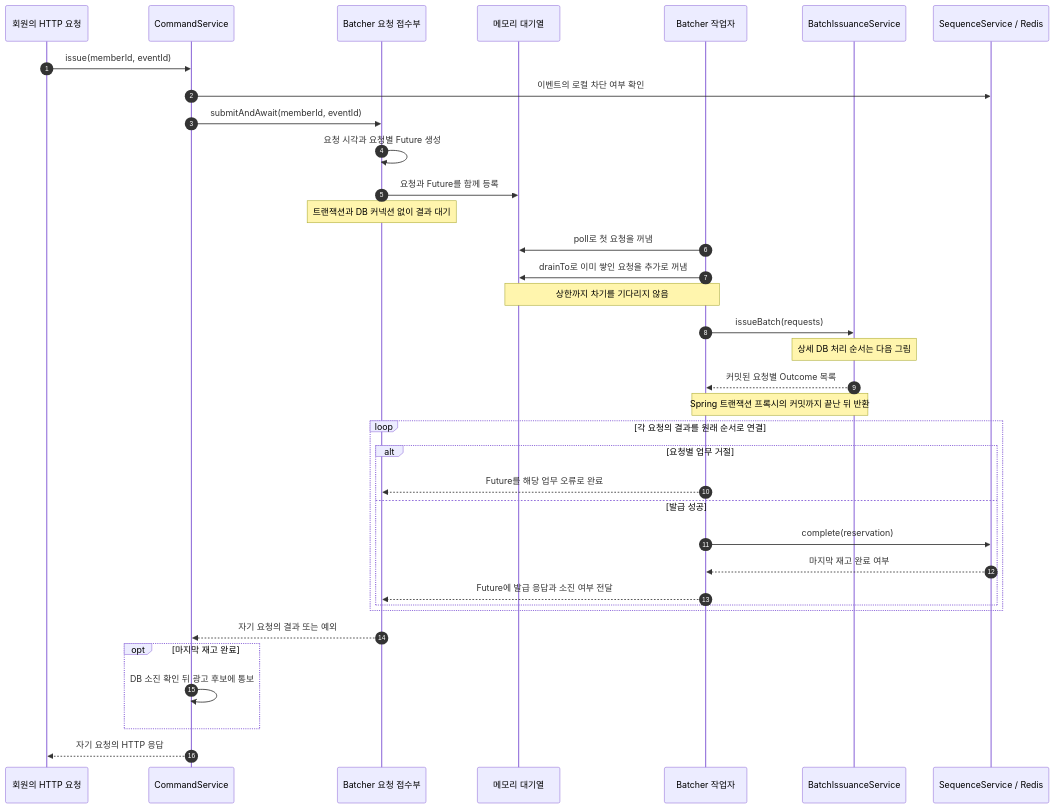
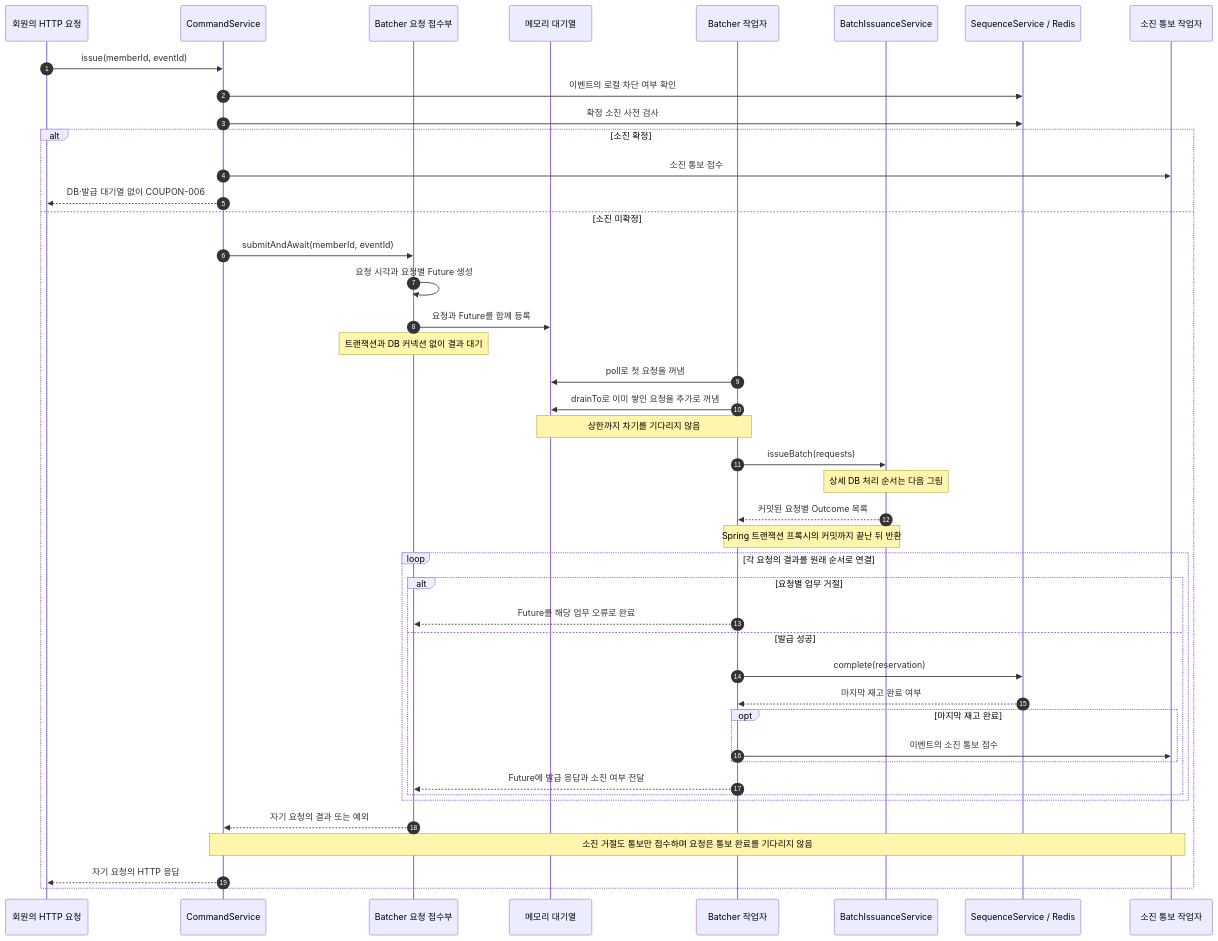
The first of 3 diagrams in docs/design/coupon/coupon-issuance-v3-design.md (lunch-catch/lc-backend), drawn with Mermaid before and after one commit. The commit also changed other lines of this file and 6 other files, not shown here.

````diff
--- a/docs/design/coupon/coupon-issuance-v3-design.md
+++ b/docs/design/coupon/coupon-issuance-v3-design.md
@@ -31,39 +32,47 @@
 ```mermaid
 sequenceDiagram
     autonumber
     participant H as 회원의 HTTP 요청
     participant C as CommandService
     participant B as Batcher 요청 접수부
     participant Q as 메모리 대기열
     participant W as Batcher 작업자
     participant S as BatchIssuanceService
     participant R as SequenceService / Redis
+    participant N as 소진 통보 작업자
 
     H->>C: issue(memberId, eventId)
     C->>R: 이벤트의 로컬 차단 여부 확인
+    C->>R: 확정 소진 사전 검사
+    alt 소진 확정
+        C->>N: 소진 통보 접수
+        C-->>H: DB·발급 대기열 없이 COUPON-006
+    else 소진 미확정
     C->>B: submitAndAwait(memberId, eventId)
     B->>B: 요청 시각과 요청별 Future 생성
     B->>Q: 요청과 Future를 함께 등록
     Note over B: 트랜잭션과 DB 커넥션 없이 결과 대기
     W->>Q: poll로 첫 요청을 꺼냄
     W->>Q: drainTo로 이미 쌓인 요청을 추가로 꺼냄
     Note over Q,W: 상한까지 차기를 기다리지 않음
     W->>S: issueBatch(requests)
     Note over S: 상세 DB 처리 순서는 다음 그림
     S-->>W: 커밋된 요청별 Outcome 목록
     Note over S,W: Spring 트랜잭션 프록시의 커밋까지 끝난 뒤 반환
     loop 각 요청의 결과를 원래 순서로 연결
         alt 요청별 업무 거절
             W-->>B: Future를 해당 업무 오류로 완료
         else 발급 성공
             W->>R: complete(reservation)
             R-->>W: 마지막 재고 완료 여부
+            opt 마지막 재고 완료
+                W->>N: 이벤트의 소진 통보 접수
+            end
             W-->>B: Future에 발급 응답과 소진 여부 전달
         end
     end
     B-->>C: 자기 요청의 결과 또는 예외
-    opt 마지막 재고 완료
-        C->>C: DB 소진 확인 뒤 광고 후보에 통보
+    Note over C,N: 소진 거절도 통보만 접수하며 요청은 통보 완료를 기다리지 않음
+    C-->>H: 자기 요청의 HTTP 응답
     end
-    C-->>H: 자기 요청의 HTTP 응답
 ```
````
